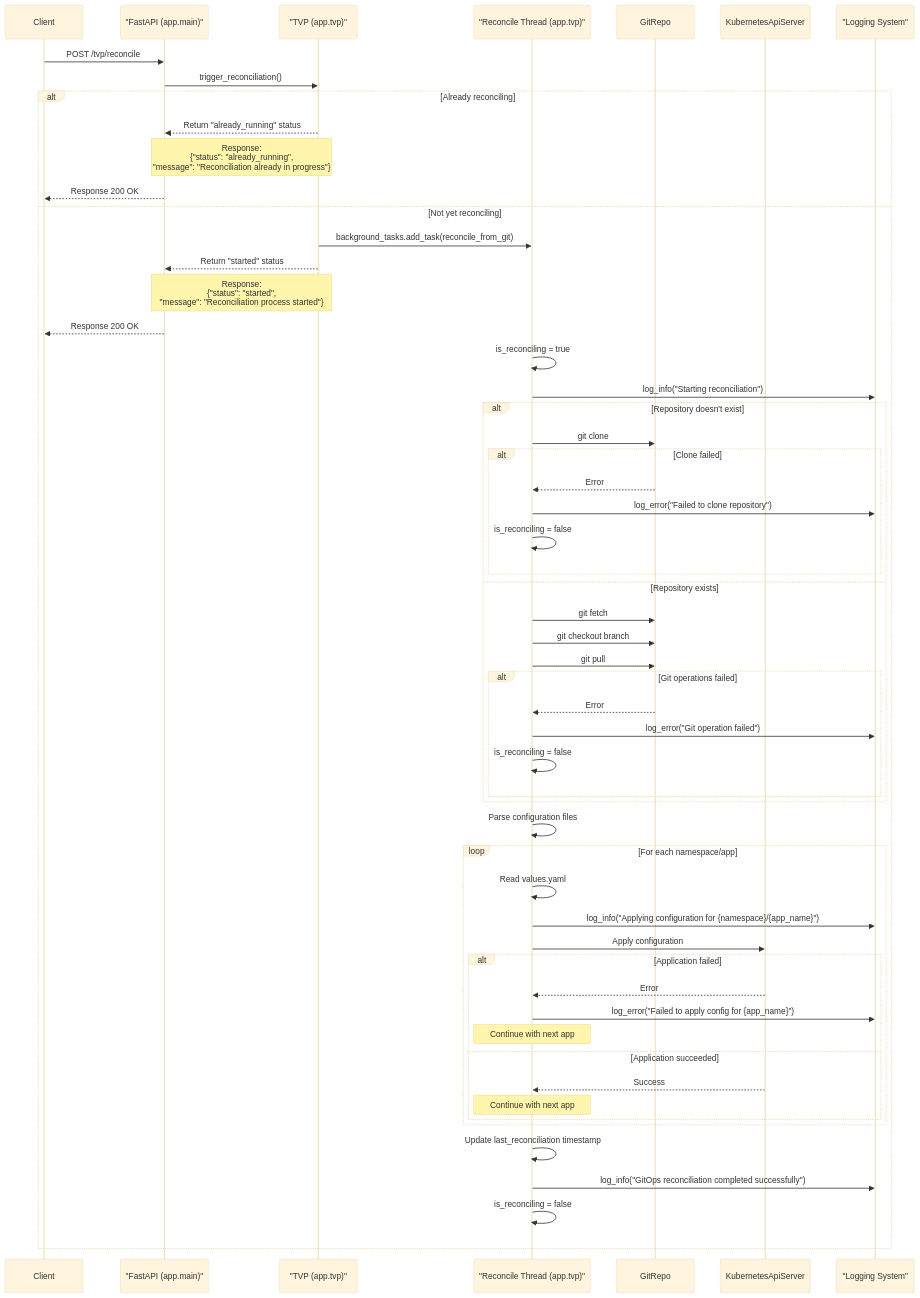
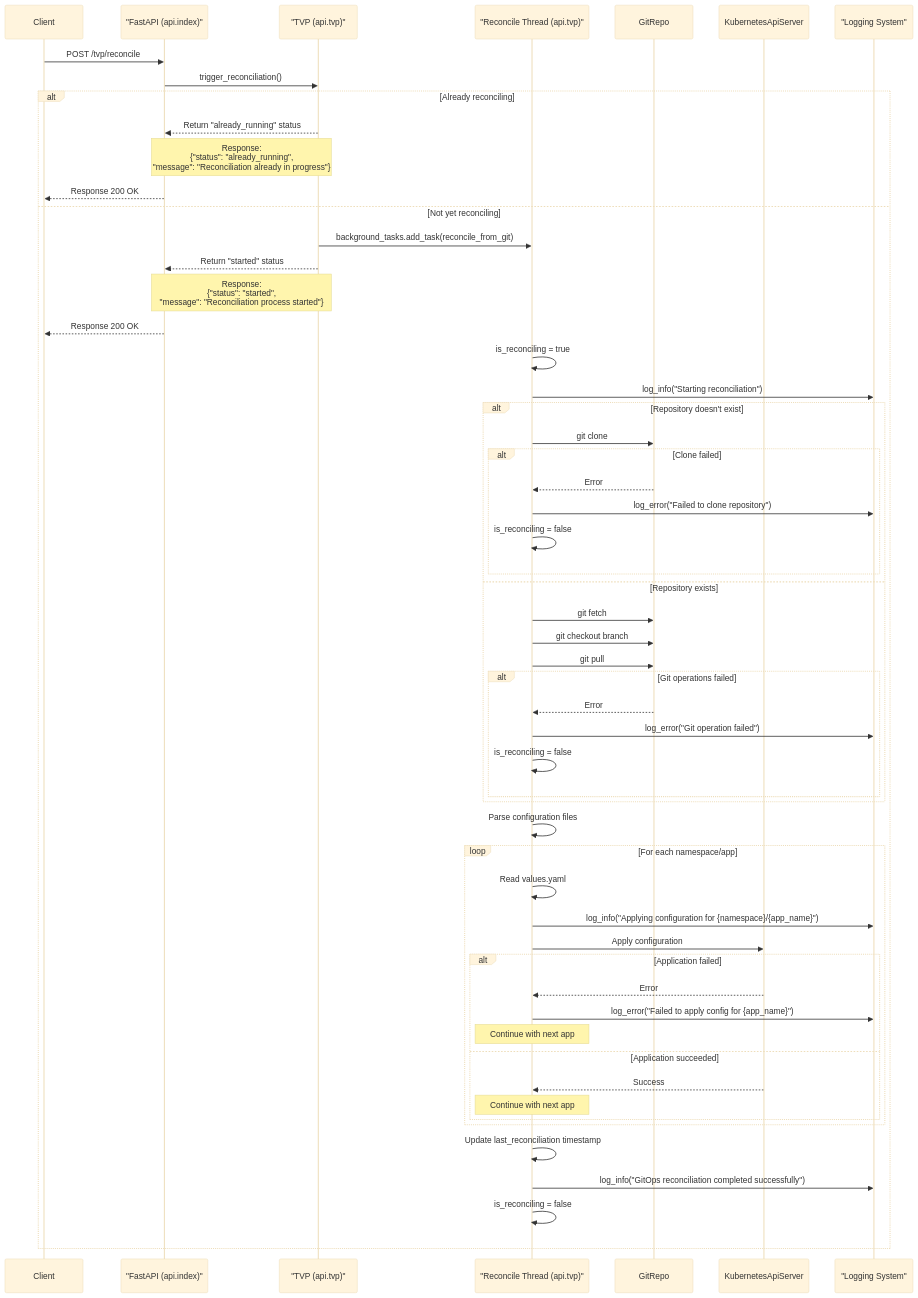
Before and after one commit to lloydchang/tvp-k8s: the third of 11 diagrams in README.md, drawn with Mermaid (base theme). The commit also changed other lines of this file and 33 other files, not shown here.

````diff
--- a/README.md
+++ b/README.md
@@ -401,65 +401,65 @@
 ```mermaid
 sequenceDiagram
     participant Client
-    participant FastAPI as "FastAPI (app.main)"
-    participant TVP as "TVP (app.tvp)"
-    participant ReconcileThread as "Reconcile Thread (app.tvp)"
+    participant FastAPI as "FastAPI (api.index)"
+    participant TVP as "TVP (api.tvp)"
+    participant ReconcileThread as "Reconcile Thread (api.tvp)"
     participant GitRepo
     participant KubernetesApiServer
     participant Logger as "Logging System"
     
     Client->>FastAPI: POST /tvp/reconcile
     FastAPI->>TVP: trigger_reconciliation()
     
     alt Already reconciling
         TVP-->>FastAPI: Return "already_running" status
         Note over TVP,FastAPI: Response:<br>{"status": "already_running",<br>"message": "Reconciliation already in progress"}
         FastAPI-->>Client: Response 200 OK
     else Not yet reconciling
         TVP->>ReconcileThread: background_tasks.add_task(reconcile_from_git)
         TVP-->>FastAPI: Return "started" status
         Note over TVP,FastAPI: Response:<br>{"status": "started",<br>"message": "Reconciliation process started"}
         FastAPI-->>Client: Response 200 OK
         
         ReconcileThread->>ReconcileThread: is_reconciling = true
         ReconcileThread->>Logger: log_info("Starting reconciliation")
         
         alt Repository doesn't exist
             ReconcileThread->>GitRepo: git clone
             alt Clone failed
                 GitRepo-->>ReconcileThread: Error
                 ReconcileThread->>Logger: log_error("Failed to clone repository")
                 ReconcileThread->>ReconcileThread: is_reconciling = false
             end
         else Repository exists
             ReconcileThread->>GitRepo: git fetch
             ReconcileThread->>GitRepo: git checkout branch
             ReconcileThread->>GitRepo: git pull
             alt Git operations failed
                 GitRepo-->>ReconcileThread: Error
                 ReconcileThread->>Logger: log_error("Git operation failed")
                 ReconcileThread->>ReconcileThread: is_reconciling = false
             end
         end
         
         ReconcileThread->>ReconcileThread: Parse configuration files
         
         loop For each namespace/app
             ReconcileThread->>ReconcileThread: Read values.yaml
             ReconcileThread->>Logger: log_info("Applying configuration for {namespace}/{app_name}")
             ReconcileThread->>KubernetesApiServer: Apply configuration
             alt Application failed
                 KubernetesApiServer-->>ReconcileThread: Error
                 ReconcileThread->>Logger: log_error("Failed to apply config for {app_name}")
                 note over ReconcileThread: Continue with next app
             else Application succeeded
                 KubernetesApiServer-->>ReconcileThread: Success
                 note over ReconcileThread: Continue with next app
             end
         end
         
         ReconcileThread->>ReconcileThread: Update last_reconciliation timestamp
         ReconcileThread->>Logger: log_info("GitOps reconciliation completed successfully")
         ReconcileThread->>ReconcileThread: is_reconciling = false
     end
 ```
````
